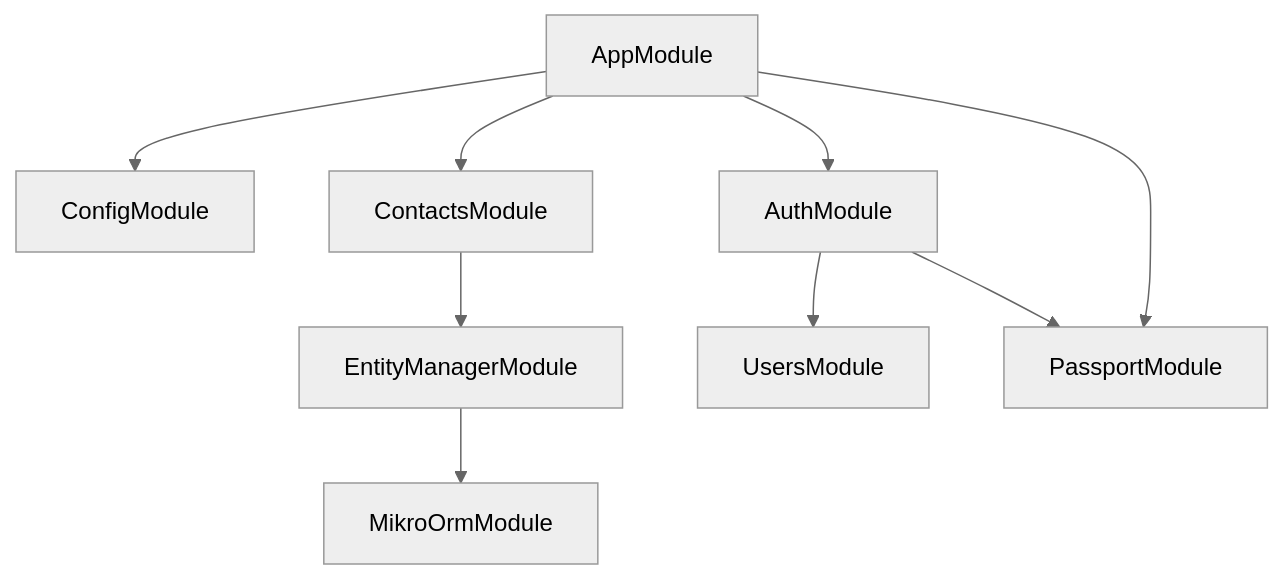
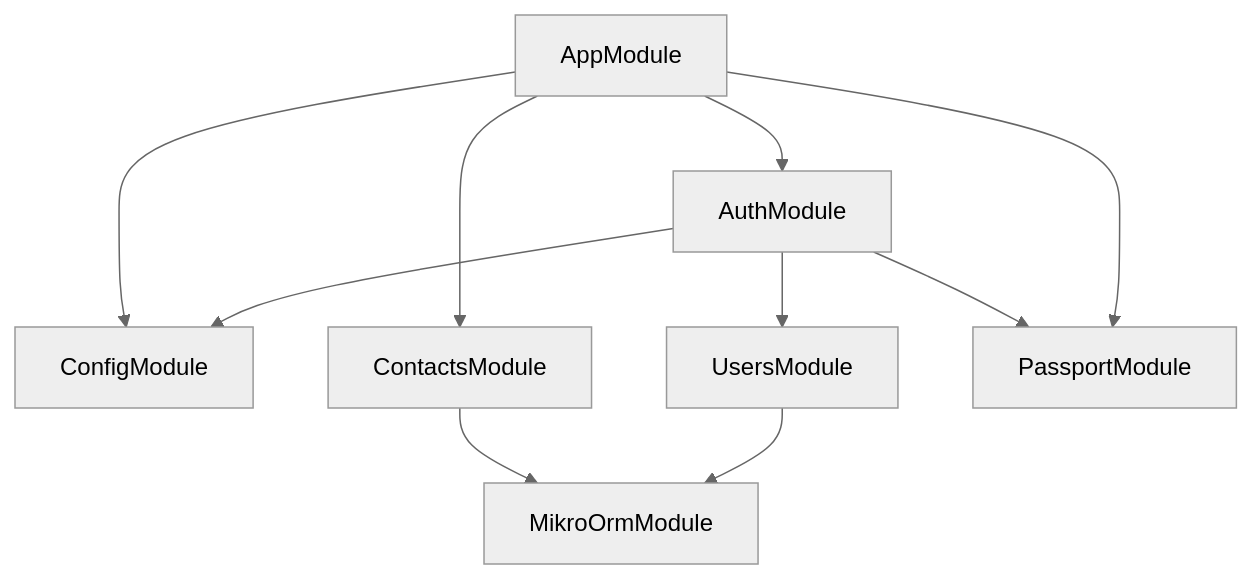
Before and after one commit to gpo/grassroots: the diagram in docs/DependencyGraph.md, drawn with Mermaid (neutral theme). The commit also changed 44 other files, not shown here.

````diff
--- a/docs/DependencyGraph.md
+++ b/docs/DependencyGraph.md
@@ -1,11 +1,12 @@
 ```mermaid
 graph TD
   AppModule-->ConfigModule
 AppModule-->ContactsModule
-ContactsModule-->EntityManagerModule
-EntityManagerModule-->MikroOrmModule
+ContactsModule-->MikroOrmModule
 AppModule-->AuthModule
 AuthModule-->UsersModule
+UsersModule-->MikroOrmModule
 AuthModule-->PassportModule
+AuthModule-->ConfigModule
 AppModule-->PassportModule
 ```
````
